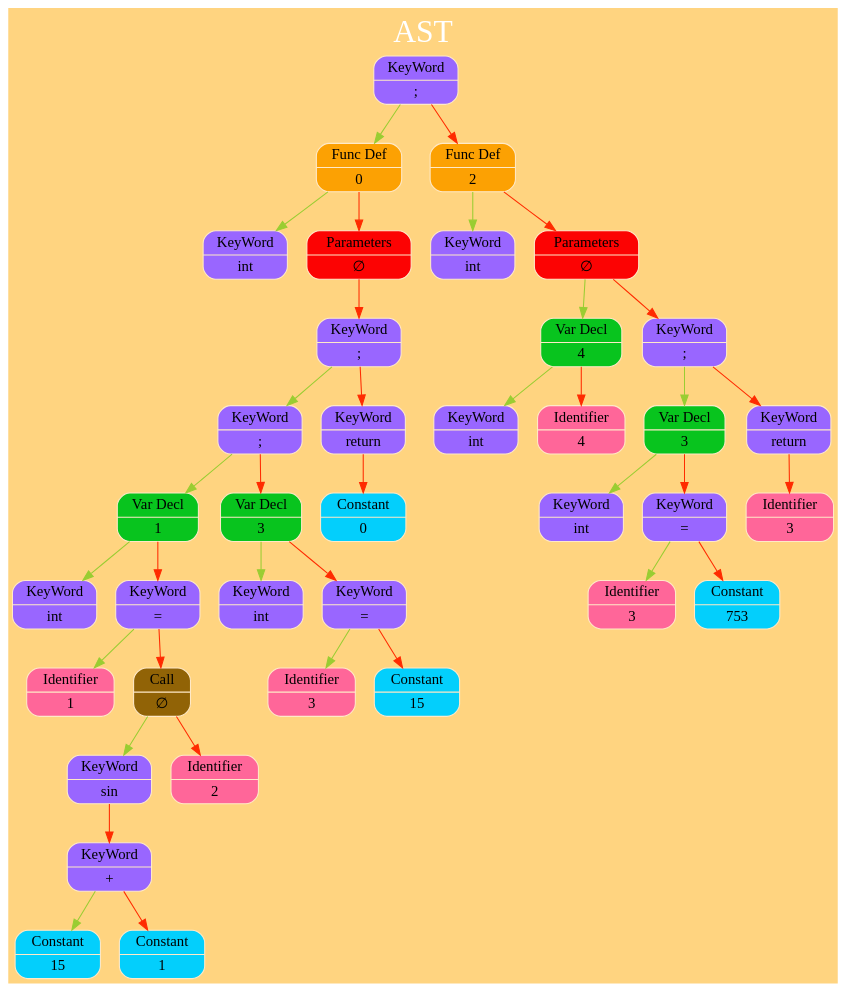
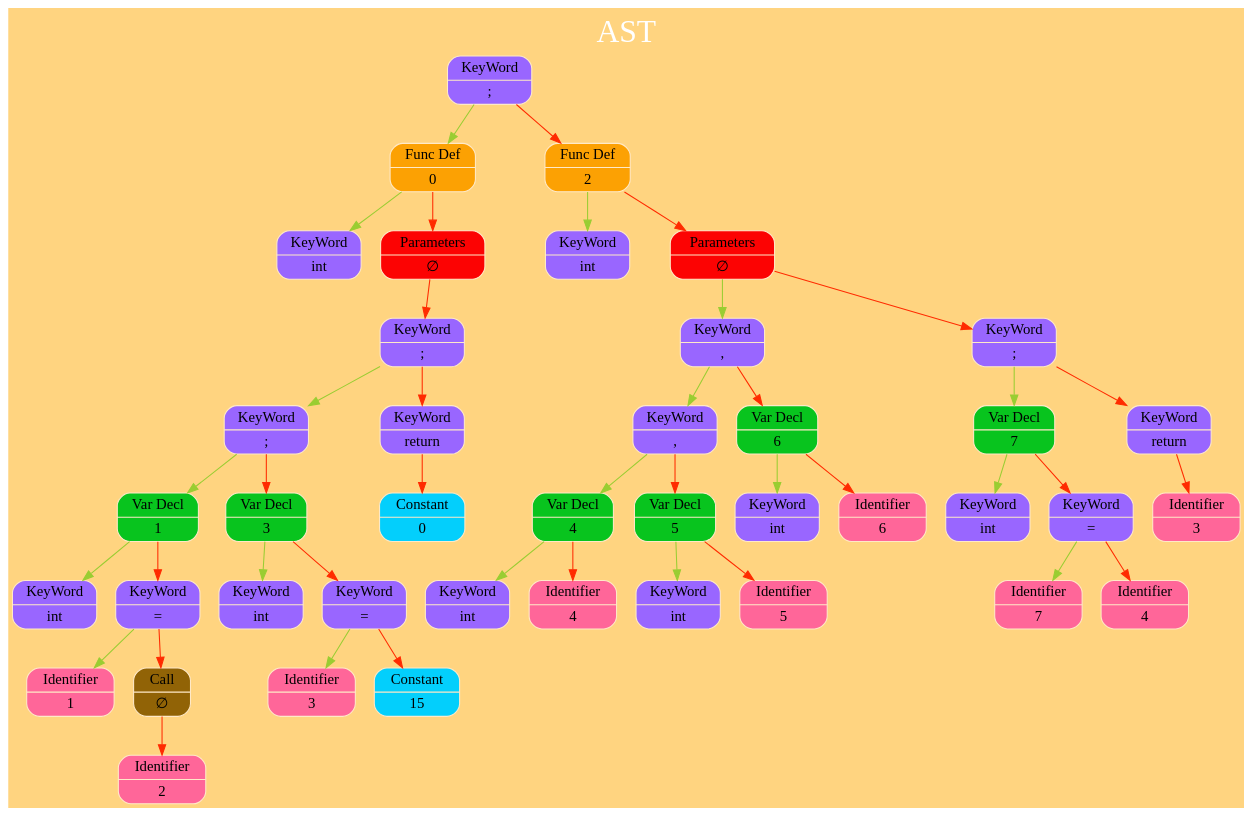
One commit to kand1bober/OOSD-Language changed the diagram in Tree/graph_dump/TreeGraph.dot. Above: the diagram before and after it, drawn with Graphviz. The commit also changed 12 other files, not shown here.

```diff
--- a/Tree/graph_dump/TreeGraph.dot
+++ b/Tree/graph_dump/TreeGraph.dot
@@ -8,41 +8,45 @@
 fontcolor="#FFFFFF"
 
 rankdir=TB;size="200,300";bgcolor="#ffd480";
- node_0x5ed7f9939600 [shape=record,style="rounded,filled",fillcolor="#9966FF",color="#FFE9C7",label=" { { KeyWord } | { &#x3B; } } " ]; node_0x5ed7f9939600 -> node_0x5ed7f9933250 [color = "#9ACD32", arrowsize = 1] ;
- node_0x5ed7f9933250 [shape=record,style="rounded,filled",fillcolor="#fca103",color="#FFE9C7",label=" { { Func Def } | { 0 } } " ]; node_0x5ed7f9933250 -> node_0x5ed7f9933220 [color = "#9ACD32", arrowsize = 1] ;
- node_0x5ed7f9933220 [shape=record,style="rounded,filled",fillcolor="#9966FF",color="#FFE9C7",label=" { { KeyWord } | { int } } " ]; node_0x5ed7f9933250 -> node_0x5ed7f9933280 [color = "#FF2B00", arrowsize = 1] ;
- node_0x5ed7f9933280 [shape=record,style="rounded,filled",fillcolor="#fc0303",color="#FFE9C7",label=" { { Parameters } | { &#8709; } } " ]; node_0x5ed7f9933280 -> node_0x5ed7f9939270 [color = "#FF2B00", arrowsize = 1] ;
- node_0x5ed7f9939270 [shape=record,style="rounded,filled",fillcolor="#9966FF",color="#FFE9C7",label=" { { KeyWord } | { &#x3B; } } " ]; node_0x5ed7f9939270 -> node_0x5ed7f9939480 [color = "#9ACD32", arrowsize = 1] ;
- node_0x5ed7f9939480 [shape=record,style="rounded,filled",fillcolor="#9966FF",color="#FFE9C7",label=" { { KeyWord } | { &#x3B; } } " ]; node_0x5ed7f9939480 -> node_0x5ed7f9939300 [color = "#9ACD32", arrowsize = 1] ;
- node_0x5ed7f9939300 [shape=record,style="rounded,filled",fillcolor="#08c41e",color="#FFE9C7",label=" { { Var Decl } | { 1 } } " ]; node_0x5ed7f9939300 -> node_0x5ed7f99392a0 [color = "#9ACD32", arrowsize = 1] ;
- node_0x5ed7f99392a0 [shape=record,style="rounded,filled",fillcolor="#9966FF",color="#FFE9C7",label=" { { KeyWord } | { int } } " ]; node_0x5ed7f9939300 -> node_0x5ed7f9939330 [color = "#FF2B00", arrowsize = 1] ;
- node_0x5ed7f9939330 [shape=record,style="rounded,filled",fillcolor="#9966FF",color="#FFE9C7",label=" { { KeyWord } | { &#x3D; } } " ]; node_0x5ed7f9939330 -> node_0x5ed7f99392d0 [color = "#9ACD32", arrowsize = 1] ;
- node_0x5ed7f99392d0 [shape=record,style="rounded,filled",fillcolor="#ff6699",color="#FFE9C7",label=" { { Identifier } | { 1 } } " ]; node_0x5ed7f9939330 -> node_0x5ed7f9939390 [color = "#FF2B00", arrowsize = 1] ;
- node_0x5ed7f9939390 [shape=record,style="rounded,filled",fillcolor="#916306",color="#FFE9C7",label=" { { Call } | { &#8709; } } " ]; node_0x5ed7f9939390 -> node_0x5ed7f99393c0 [color = "#9ACD32", arrowsize = 1] ;
- node_0x5ed7f99393c0 [shape=record,style="rounded,filled",fillcolor="#9966FF",color="#FFE9C7",label=" { { KeyWord } | { sin } } " ]; node_0x5ed7f99393c0 -> node_0x5ed7f9939420 [color = "#FF2B00", arrowsize = 1] ;
- node_0x5ed7f9939420 [shape=record,style="rounded,filled",fillcolor="#9966FF",color="#FFE9C7",label=" { { KeyWord } | { &#x2B; } } " ]; node_0x5ed7f9939420 -> node_0x5ed7f99393f0 [color = "#9ACD32", arrowsize = 1] ;
- node_0x5ed7f99393f0 [shape=record,style="rounded,filled",fillcolor="#03cffc",color="#FFE9C7",label=" { { Constant } | { 15 } } " ]; node_0x5ed7f9939420 -> node_0x5ed7f9939450 [color = "#FF2B00", arrowsize = 1] ;
- node_0x5ed7f9939450 [shape=record,style="rounded,filled",fillcolor="#03cffc",color="#FFE9C7",label=" { { Constant } | { 1 } } " ]; node_0x5ed7f9939390 -> node_0x5ed7f9939360 [color = "#FF2B00", arrowsize = 1] ;
- node_0x5ed7f9939360 [shape=record,style="rounded,filled",fillcolor="#ff6699",color="#FFE9C7",label=" { { Identifier } | { 2 } } " ]; node_0x5ed7f9939480 -> node_0x5ed7f9939510 [color = "#FF2B00", arrowsize = 1] ;
- node_0x5ed7f9939510 [shape=record,style="rounded,filled",fillcolor="#08c41e",color="#FFE9C7",label=" { { Var Decl } | { 3 } } " ]; node_0x5ed7f9939510 -> node_0x5ed7f99394b0 [color = "#9ACD32", arrowsize = 1] ;
- node_0x5ed7f99394b0 [shape=record,style="rounded,filled",fillcolor="#9966FF",color="#FFE9C7",label=" { { KeyWord } | { int } } " ]; node_0x5ed7f9939510 -> node_0x5ed7f9939540 [color = "#FF2B00", arrowsize = 1] ;
- node_0x5ed7f9939540 [shape=record,style="rounded,filled",fillcolor="#9966FF",color="#FFE9C7",label=" { { KeyWord } | { &#x3D; } } " ]; node_0x5ed7f9939540 -> node_0x5ed7f99394e0 [color = "#9ACD32", arrowsize = 1] ;
- node_0x5ed7f99394e0 [shape=record,style="rounded,filled",fillcolor="#ff6699",color="#FFE9C7",label=" { { Identifier } | { 3 } } " ]; node_0x5ed7f9939540 -> node_0x5ed7f9939570 [color = "#FF2B00", arrowsize = 1] ;
- node_0x5ed7f9939570 [shape=record,style="rounded,filled",fillcolor="#03cffc",color="#FFE9C7",label=" { { Constant } | { 15 } } " ]; node_0x5ed7f9939270 -> node_0x5ed7f99395a0 [color = "#FF2B00", arrowsize = 1] ;
- node_0x5ed7f99395a0 [shape=record,style="rounded,filled",fillcolor="#9966FF",color="#FFE9C7",label=" { { KeyWord } | { return } } " ]; node_0x5ed7f99395a0 -> node_0x5ed7f99395d0 [color = "#FF2B00", arrowsize = 1] ;
- node_0x5ed7f99395d0 [shape=record,style="rounded,filled",fillcolor="#03cffc",color="#FFE9C7",label=" { { Constant } | { 0 } } " ]; node_0x5ed7f9939600 -> node_0x5ed7f9939660 [color = "#FF2B00", arrowsize = 1] ;
- node_0x5ed7f9939660 [shape=record,style="rounded,filled",fillcolor="#fca103",color="#FFE9C7",label=" { { Func Def } | { 2 } } " ]; node_0x5ed7f9939660 -> node_0x5ed7f9939630 [color = "#9ACD32", arrowsize = 1] ;
- node_0x5ed7f9939630 [shape=record,style="rounded,filled",fillcolor="#9966FF",color="#FFE9C7",label=" { { KeyWord } | { int } } " ]; node_0x5ed7f9939660 -> node_0x5ed7f9939690 [color = "#FF2B00", arrowsize = 1] ;
- node_0x5ed7f9939690 [shape=record,style="rounded,filled",fillcolor="#fc0303",color="#FFE9C7",label=" { { Parameters } | { &#8709; } } " ]; node_0x5ed7f9939690 -> node_0x5ed7f9939720 [color = "#9ACD32", arrowsize = 1] ;
- node_0x5ed7f9939720 [shape=record,style="rounded,filled",fillcolor="#08c41e",color="#FFE9C7",label=" { { Var Decl } | { 4 } } " ]; node_0x5ed7f9939720 -> node_0x5ed7f99396c0 [color = "#9ACD32", arrowsize = 1] ;
- node_0x5ed7f99396c0 [shape=record,style="rounded,filled",fillcolor="#9966FF",color="#FFE9C7",label=" { { KeyWord } | { int } } " ]; node_0x5ed7f9939720 -> node_0x5ed7f99396f0 [color = "#FF2B00", arrowsize = 1] ;
- node_0x5ed7f99396f0 [shape=record,style="rounded,filled",fillcolor="#ff6699",color="#FFE9C7",label=" { { Identifier } | { 4 } } " ]; node_0x5ed7f9939690 -> node_0x5ed7f9939750 [color = "#FF2B00", arrowsize = 1] ;
- node_0x5ed7f9939750 [shape=record,style="rounded,filled",fillcolor="#9966FF",color="#FFE9C7",label=" { { KeyWord } | { &#x3B; } } " ]; node_0x5ed7f9939750 -> node_0x5ed7f99397e0 [color = "#9ACD32", arrowsize = 1] ;
- node_0x5ed7f99397e0 [shape=record,style="rounded,filled",fillcolor="#08c41e",color="#FFE9C7",label=" { { Var Decl } | { 3 } } " ]; node_0x5ed7f99397e0 -> node_0x5ed7f9939780 [color = "#9ACD32", arrowsize = 1] ;
- node_0x5ed7f9939780 [shape=record,style="rounded,filled",fillcolor="#9966FF",color="#FFE9C7",label=" { { KeyWord } | { int } } " ]; node_0x5ed7f99397e0 -> node_0x5ed7f9939810 [color = "#FF2B00", arrowsize = 1] ;
- node_0x5ed7f9939810 [shape=record,style="rounded,filled",fillcolor="#9966FF",color="#FFE9C7",label=" { { KeyWord } | { &#x3D; } } " ]; node_0x5ed7f9939810 -> node_0x5ed7f99397b0 [color = "#9ACD32", arrowsize = 1] ;
- node_0x5ed7f99397b0 [shape=record,style="rounded,filled",fillcolor="#ff6699",color="#FFE9C7",label=" { { Identifier } | { 3 } } " ]; node_0x5ed7f9939810 -> node_0x5ed7f9939840 [color = "#FF2B00", arrowsize = 1] ;
- node_0x5ed7f9939840 [shape=record,style="rounded,filled",fillcolor="#03cffc",color="#FFE9C7",label=" { { Constant } | { 753 } } " ]; node_0x5ed7f9939750 -> node_0x5ed7f9939870 [color = "#FF2B00", arrowsize = 1] ;
- node_0x5ed7f9939870 [shape=record,style="rounded,filled",fillcolor="#9966FF",color="#FFE9C7",label=" { { KeyWord } | { return } } " ]; node_0x5ed7f9939870 -> node_0x5ed7f99398a0 [color = "#FF2B00", arrowsize = 1] ;
- node_0x5ed7f99398a0 [shape=record,style="rounded,filled",fillcolor="#ff6699",color="#FFE9C7",label=" { { Identifier } | { 3 } } " ]; 
+ node_0x504000000a90 [shape=record,style="rounded,filled",fillcolor="#9966FF",color="#FFE9C7",label=" { { KeyWord } | { &#x3B; } } " ]; node_0x504000000a90 -> node_0x504000000650 [color = "#9ACD32", arrowsize = 1] ;
+ node_0x504000000650 [shape=record,style="rounded,filled",fillcolor="#fca103",color="#FFE9C7",label=" { { Func Def } | { 0 } } " ]; node_0x504000000650 -> node_0x504000000610 [color = "#9ACD32", arrowsize = 1] ;
+ node_0x504000000610 [shape=record,style="rounded,filled",fillcolor="#9966FF",color="#FFE9C7",label=" { { KeyWord } | { int } } " ]; node_0x504000000650 -> node_0x504000000690 [color = "#FF2B00", arrowsize = 1] ;
+ node_0x504000000690 [shape=record,style="rounded,filled",fillcolor="#fc0303",color="#FFE9C7",label=" { { Parameters } | { &#8709; } } " ]; node_0x504000000690 -> node_0x5040000006d0 [color = "#FF2B00", arrowsize = 1] ;
+ node_0x5040000006d0 [shape=record,style="rounded,filled",fillcolor="#9966FF",color="#FFE9C7",label=" { { KeyWord } | { &#x3B; } } " ]; node_0x5040000006d0 -> node_0x504000000890 [color = "#9ACD32", arrowsize = 1] ;
+ node_0x504000000890 [shape=record,style="rounded,filled",fillcolor="#9966FF",color="#FFE9C7",label=" { { KeyWord } | { &#x3B; } } " ]; node_0x504000000890 -> node_0x504000000790 [color = "#9ACD32", arrowsize = 1] ;
+ node_0x504000000790 [shape=record,style="rounded,filled",fillcolor="#08c41e",color="#FFE9C7",label=" { { Var Decl } | { 1 } } " ]; node_0x504000000790 -> node_0x504000000710 [color = "#9ACD32", arrowsize = 1] ;
+ node_0x504000000710 [shape=record,style="rounded,filled",fillcolor="#9966FF",color="#FFE9C7",label=" { { KeyWord } | { int } } " ]; node_0x504000000790 -> node_0x5040000007d0 [color = "#FF2B00", arrowsize = 1] ;
+ node_0x5040000007d0 [shape=record,style="rounded,filled",fillcolor="#9966FF",color="#FFE9C7",label=" { { KeyWord } | { &#x3D; } } " ]; node_0x5040000007d0 -> node_0x504000000750 [color = "#9ACD32", arrowsize = 1] ;
+ node_0x504000000750 [shape=record,style="rounded,filled",fillcolor="#ff6699",color="#FFE9C7",label=" { { Identifier } | { 1 } } " ]; node_0x5040000007d0 -> node_0x504000000850 [color = "#FF2B00", arrowsize = 1] ;
+ node_0x504000000850 [shape=record,style="rounded,filled",fillcolor="#916306",color="#FFE9C7",label=" { { Call } | { &#8709; } } " ]; node_0x504000000850 -> node_0x504000000810 [color = "#FF2B00", arrowsize = 1] ;
+ node_0x504000000810 [shape=record,style="rounded,filled",fillcolor="#ff6699",color="#FFE9C7",label=" { { Identifier } | { 2 } } " ]; node_0x504000000890 -> node_0x504000000950 [color = "#FF2B00", arrowsize = 1] ;
+ node_0x504000000950 [shape=record,style="rounded,filled",fillcolor="#08c41e",color="#FFE9C7",label=" { { Var Decl } | { 3 } } " ]; node_0x504000000950 -> node_0x5040000008d0 [color = "#9ACD32", arrowsize = 1] ;
+ node_0x5040000008d0 [shape=record,style="rounded,filled",fillcolor="#9966FF",color="#FFE9C7",label=" { { KeyWord } | { int } } " ]; node_0x504000000950 -> node_0x504000000990 [color = "#FF2B00", arrowsize = 1] ;
+ node_0x504000000990 [shape=record,style="rounded,filled",fillcolor="#9966FF",color="#FFE9C7",label=" { { KeyWord } | { &#x3D; } } " ]; node_0x504000000990 -> node_0x504000000910 [color = "#9ACD32", arrowsize = 1] ;
+ node_0x504000000910 [shape=record,style="rounded,filled",fillcolor="#ff6699",color="#FFE9C7",label=" { { Identifier } | { 3 } } " ]; node_0x504000000990 -> node_0x5040000009d0 [color = "#FF2B00", arrowsize = 1] ;
+ node_0x5040000009d0 [shape=record,style="rounded,filled",fillcolor="#03cffc",color="#FFE9C7",label=" { { Constant } | { 15 } } " ]; node_0x5040000006d0 -> node_0x504000000a10 [color = "#FF2B00", arrowsize = 1] ;
+ node_0x504000000a10 [shape=record,style="rounded,filled",fillcolor="#9966FF",color="#FFE9C7",label=" { { KeyWord } | { return } } " ]; node_0x504000000a10 -> node_0x504000000a50 [color = "#FF2B00", arrowsize = 1] ;
+ node_0x504000000a50 [shape=record,style="rounded,filled",fillcolor="#03cffc",color="#FFE9C7",label=" { { Constant } | { 0 } } " ]; node_0x504000000a90 -> node_0x504000000b10 [color = "#FF2B00", arrowsize = 1] ;
+ node_0x504000000b10 [shape=record,style="rounded,filled",fillcolor="#fca103",color="#FFE9C7",label=" { { Func Def } | { 2 } } " ]; node_0x504000000b10 -> node_0x504000000ad0 [color = "#9ACD32", arrowsize = 1] ;
+ node_0x504000000ad0 [shape=record,style="rounded,filled",fillcolor="#9966FF",color="#FFE9C7",label=" { { KeyWord } | { int } } " ]; node_0x504000000b10 -> node_0x504000000b50 [color = "#FF2B00", arrowsize = 1] ;
+ node_0x504000000b50 [shape=record,style="rounded,filled",fillcolor="#fc0303",color="#FFE9C7",label=" { { Parameters } | { &#8709; } } " ]; node_0x504000000b50 -> node_0x504000000d50 [color = "#9ACD32", arrowsize = 1] ;
+ node_0x504000000d50 [shape=record,style="rounded,filled",fillcolor="#9966FF",color="#FFE9C7",label=" { { KeyWord } | { &#x2C; } } " ]; node_0x504000000d50 -> node_0x504000000c50 [color = "#9ACD32", arrowsize = 1] ;
+ node_0x504000000c50 [shape=record,style="rounded,filled",fillcolor="#9966FF",color="#FFE9C7",label=" { { KeyWord } | { &#x2C; } } " ]; node_0x504000000c50 -> node_0x504000000c10 [color = "#9ACD32", arrowsize = 1] ;
+ node_0x504000000c10 [shape=record,style="rounded,filled",fillcolor="#08c41e",color="#FFE9C7",label=" { { Var Decl } | { 4 } } " ]; node_0x504000000c10 -> node_0x504000000b90 [color = "#9ACD32", arrowsize = 1] ;
+ node_0x504000000b90 [shape=record,style="rounded,filled",fillcolor="#9966FF",color="#FFE9C7",label=" { { KeyWord } | { int } } " ]; node_0x504000000c10 -> node_0x504000000bd0 [color = "#FF2B00", arrowsize = 1] ;
+ node_0x504000000bd0 [shape=record,style="rounded,filled",fillcolor="#ff6699",color="#FFE9C7",label=" { { Identifier } | { 4 } } " ]; node_0x504000000c50 -> node_0x504000000d10 [color = "#FF2B00", arrowsize = 1] ;
+ node_0x504000000d10 [shape=record,style="rounded,filled",fillcolor="#08c41e",color="#FFE9C7",label=" { { Var Decl } | { 5 } } " ]; node_0x504000000d10 -> node_0x504000000c90 [color = "#9ACD32", arrowsize = 1] ;
+ node_0x504000000c90 [shape=record,style="rounded,filled",fillcolor="#9966FF",color="#FFE9C7",label=" { { KeyWord } | { int } } " ]; node_0x504000000d10 -> node_0x504000000cd0 [color = "#FF2B00", arrowsize = 1] ;
+ node_0x504000000cd0 [shape=record,style="rounded,filled",fillcolor="#ff6699",color="#FFE9C7",label=" { { Identifier } | { 5 } } " ]; node_0x504000000d50 -> node_0x504000000e10 [color = "#FF2B00", arrowsize = 1] ;
+ node_0x504000000e10 [shape=record,style="rounded,filled",fillcolor="#08c41e",color="#FFE9C7",label=" { { Var Decl } | { 6 } } " ]; node_0x504000000e10 -> node_0x504000000d90 [color = "#9ACD32", arrowsize = 1] ;
+ node_0x504000000d90 [shape=record,style="rounded,filled",fillcolor="#9966FF",color="#FFE9C7",label=" { { KeyWord } | { int } } " ]; node_0x504000000e10 -> node_0x504000000dd0 [color = "#FF2B00", arrowsize = 1] ;
+ node_0x504000000dd0 [shape=record,style="rounded,filled",fillcolor="#ff6699",color="#FFE9C7",label=" { { Identifier } | { 6 } } " ]; node_0x504000000b50 -> node_0x504000000e50 [color = "#FF2B00", arrowsize = 1] ;
+ node_0x504000000e50 [shape=record,style="rounded,filled",fillcolor="#9966FF",color="#FFE9C7",label=" { { KeyWord } | { &#x3B; } } " ]; node_0x504000000e50 -> node_0x504000000f10 [color = "#9ACD32", arrowsize = 1] ;
+ node_0x504000000f10 [shape=record,style="rounded,filled",fillcolor="#08c41e",color="#FFE9C7",label=" { { Var Decl } | { 7 } } " ]; node_0x504000000f10 -> node_0x504000000e90 [color = "#9ACD32", arrowsize = 1] ;
+ node_0x504000000e90 [shape=record,style="rounded,filled",fillcolor="#9966FF",color="#FFE9C7",label=" { { KeyWord } | { int } } " ]; node_0x504000000f10 -> node_0x504000000f50 [color = "#FF2B00", arrowsize = 1] ;
+ node_0x504000000f50 [shape=record,style="rounded,filled",fillcolor="#9966FF",color="#FFE9C7",label=" { { KeyWord } | { &#x3D; } } " ]; node_0x504000000f50 -> node_0x504000000ed0 [color = "#9ACD32", arrowsize = 1] ;
+ node_0x504000000ed0 [shape=record,style="rounded,filled",fillcolor="#ff6699",color="#FFE9C7",label=" { { Identifier } | { 7 } } " ]; node_0x504000000f50 -> node_0x504000000f90 [color = "#FF2B00", arrowsize = 1] ;
+ node_0x504000000f90 [shape=record,style="rounded,filled",fillcolor="#ff6699",color="#FFE9C7",label=" { { Identifier } | { 4 } } " ]; node_0x504000000e50 -> node_0x504000000fd0 [color = "#FF2B00", arrowsize = 1] ;
+ node_0x504000000fd0 [shape=record,style="rounded,filled",fillcolor="#9966FF",color="#FFE9C7",label=" { { KeyWord } | { return } } " ]; node_0x504000000fd0 -> node_0x504000001010 [color = "#FF2B00", arrowsize = 1] ;
+ node_0x504000001010 [shape=record,style="rounded,filled",fillcolor="#ff6699",color="#FFE9C7",label=" { { Identifier } | { 3 } } " ]; 
 }
```
